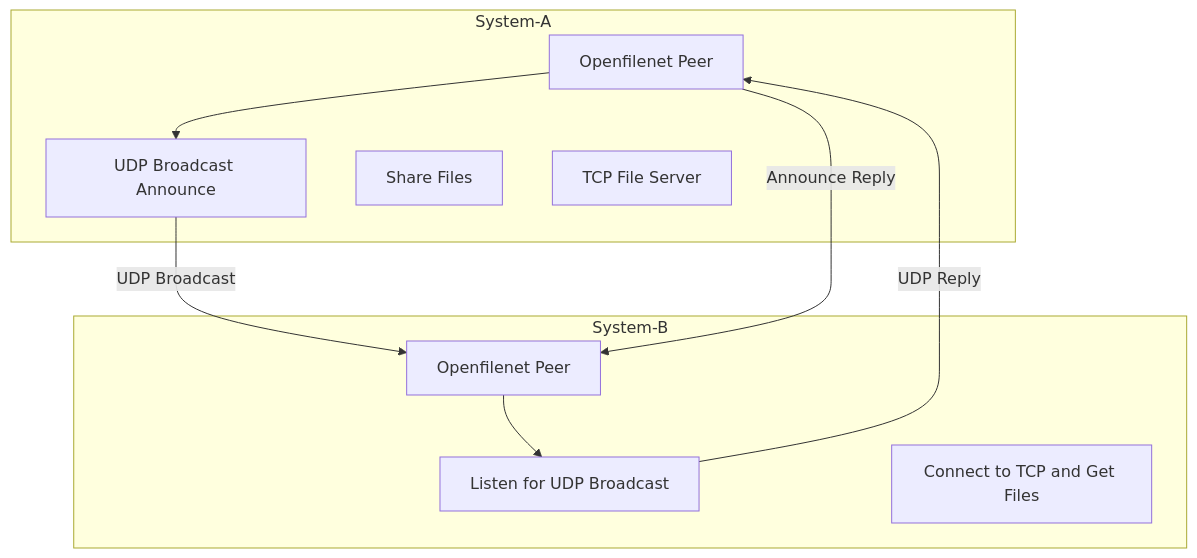
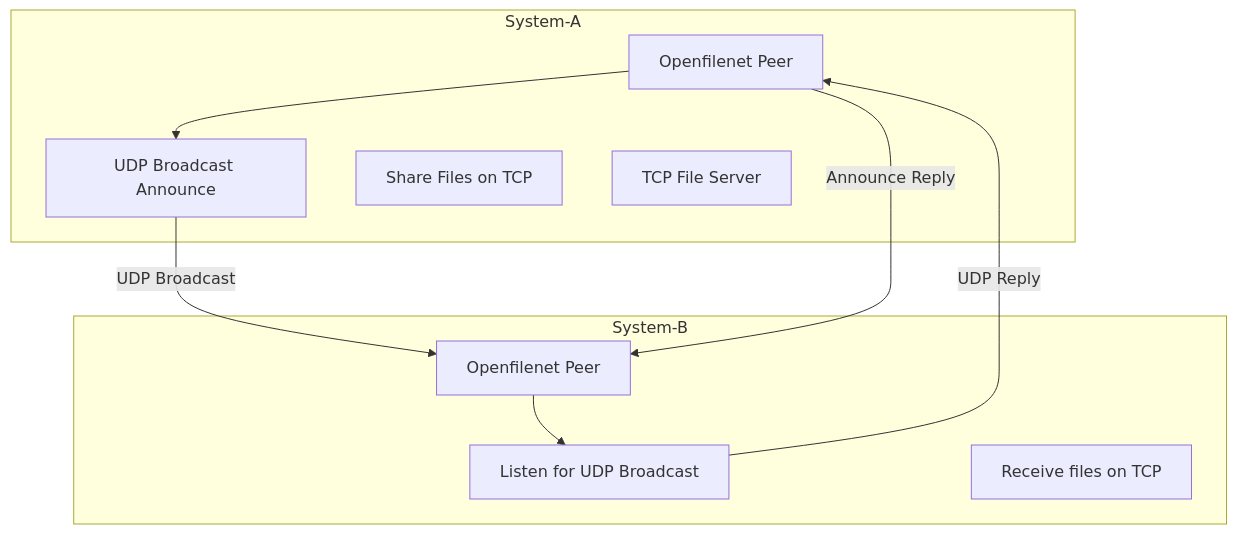
One commit to vamsi-karnam/openfilenet changed the diagram in README.md. Above: the diagram before and after it, drawn with Mermaid.

````diff
--- a/README.md
+++ b/README.md
@@ -44,23 +44,23 @@
 ```mermaid
 flowchart TD
 
 subgraph System-A
   P1[Openfilenet Peer]
   A1[UDP Broadcast Announce]
-  A2[Share Files]
+  A2[Share Files on TCP]
   A3[TCP File Server]
 end
 
 subgraph System-B
   P2[Openfilenet Peer]
   B1[Listen for UDP Broadcast]
-  B2[Connect to TCP and Get Files]
+  B2[Receive files on TCP]
 end
 
 P1 --> A1
 A1 -- "UDP Broadcast" --> P2
 P2 --> B1
 B1 -- "UDP Reply" --> P1
 P1 -- "Announce Reply" --> P2
 
 ```
````
